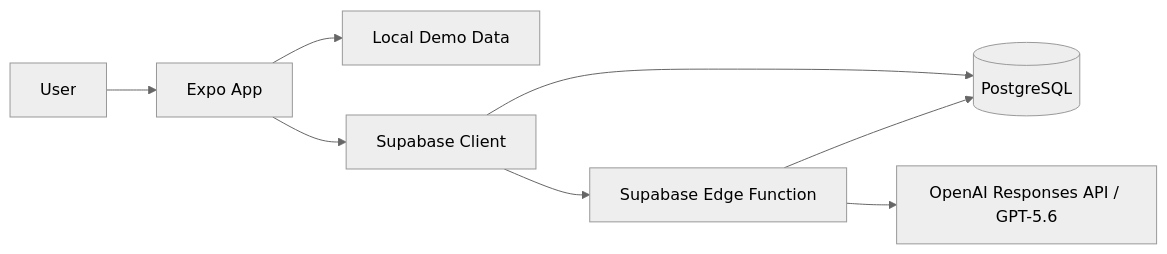
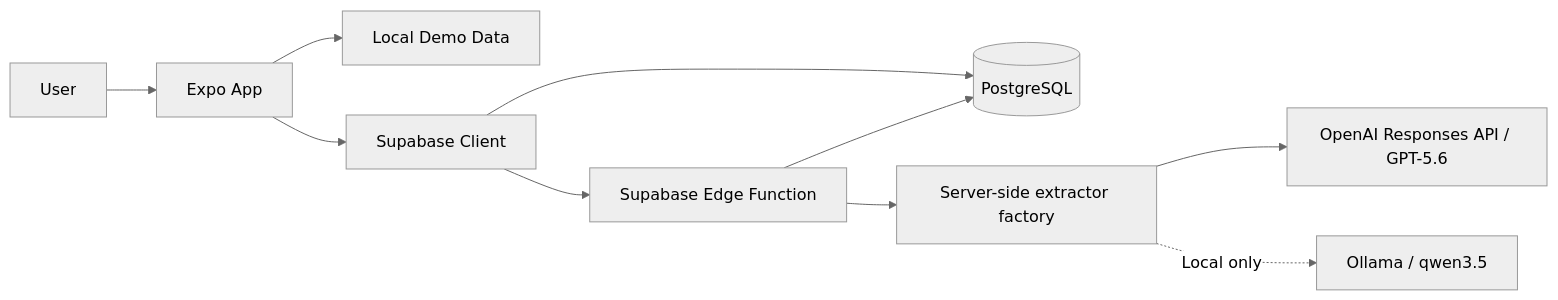
One commit to syang620/clawback changed the diagram in docs/ARCHITECTURE.md. Above: the diagram before and after it, drawn with Mermaid (neutral theme). The commit also changed other lines of this file and 26 other files, not shown here.

````diff
--- a/docs/ARCHITECTURE.md
+++ b/docs/ARCHITECTURE.md
@@ -17,10 +17,12 @@
 ```mermaid
 flowchart LR
     U[User] --> A[Expo App]
     A --> L[Local Demo Data]
     A --> S[Supabase Client]
     S --> DB[(PostgreSQL)]
     S --> EF[Supabase Edge Function]
-    EF --> OAI[OpenAI Responses API / GPT-5.6]
+    EF --> PF[Server-side extractor factory]
+    PF --> OAI[OpenAI Responses API / GPT-5.6]
+    PF -. Local only .-> OL[Ollama / qwen3.5]
     EF --> DB
 ```
````
